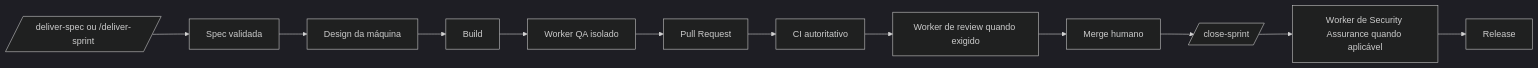
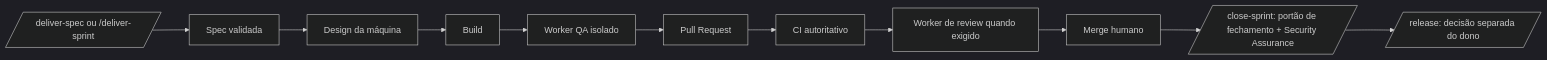
The second of 3 diagrams in docs/manual/operational/pt-BR/WORKFLOW-GUIDE.md (fkazeredo/fkbank-sdd), drawn with Mermaid (dark theme) before and after one commit. The commit also changed other lines of this file and 16 other files, not shown here.

Commit message:
chore(workflow): decouple sprint closure from release

````diff
--- a/docs/manual/operational/pt-BR/WORKFLOW-GUIDE.md
+++ b/docs/manual/operational/pt-BR/WORKFLOW-GUIDE.md
@@ -198,14 +198,13 @@
 ```mermaid
 flowchart LR
     H[/deliver-spec ou /deliver-sprint/] --> S[Spec validada]
     S --> D[Design da máquina]
     D --> B[Build]
     B --> Q[Worker QA isolado]
     Q --> P[Pull Request]
     P --> CI[CI autoritativo]
     CI --> R[Worker de review quando exigido]
     R --> M[Merge humano]
-    M --> C[/close-sprint/]
-    C --> SEC[Worker de Security Assurance quando aplicável]
-    SEC --> REL[Release]
+    M --> C[/close-sprint: portão de fechamento + Security Assurance/]
+    C --> REL[/release: decisão separada do dono/]
 ```
````
